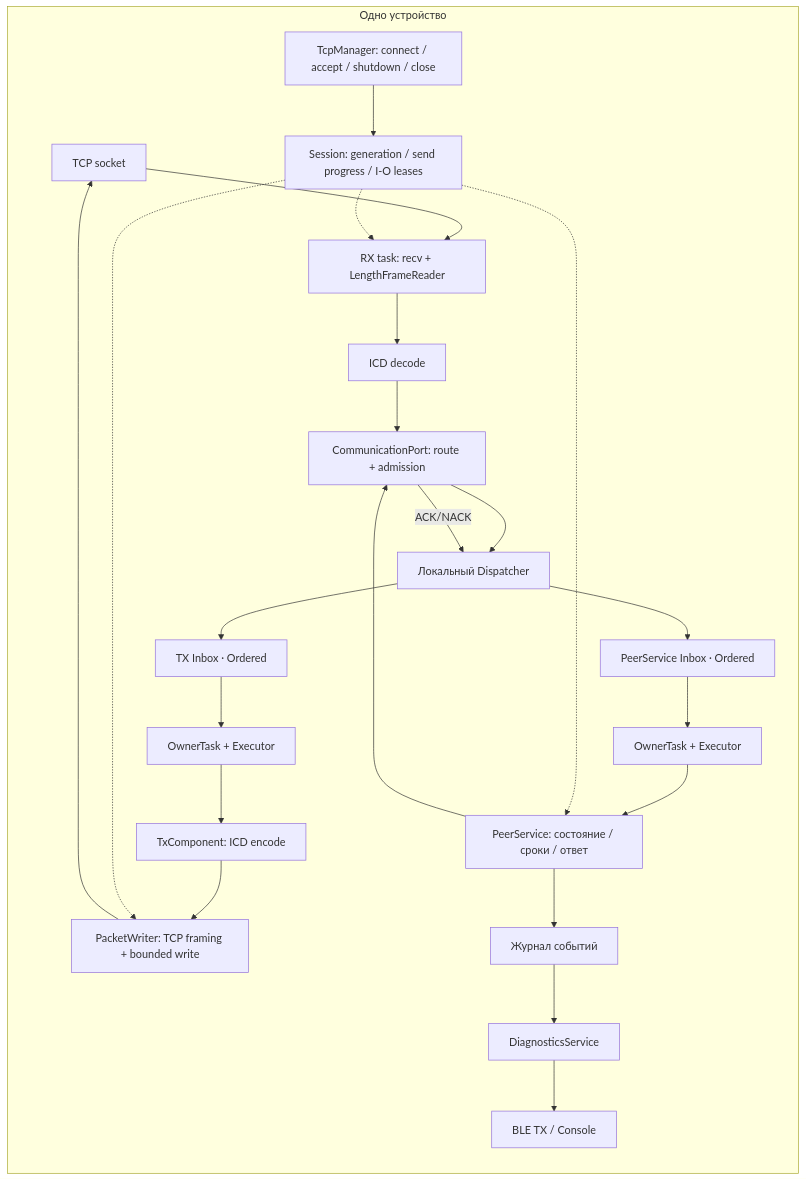
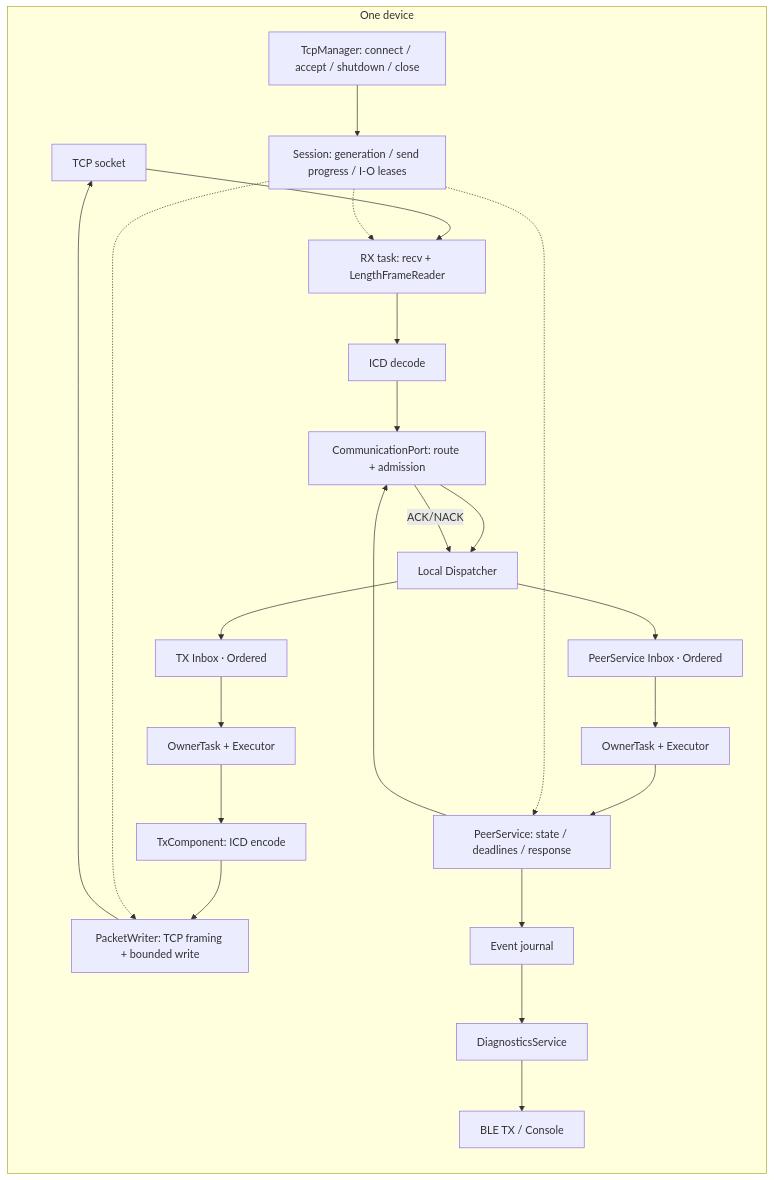
One commit to ilyxas/litu_raven changed the first of 2 diagrams in ESP/docs/communication-architecture.md. Above: the diagram before and after it, drawn with Mermaid. The commit also changed other lines of this file and 9 other files, not shown here.

````diff
--- a/ESP/docs/communication-architecture.md
+++ b/ESP/docs/communication-architecture.md
@@ -21,27 +21,27 @@
 ```mermaid
 flowchart LR
-    subgraph Device[Одно устройство]
+    subgraph Device[One device]
         Socket[TCP socket] --> RX[RX task: recv + LengthFrameReader]
         RX --> Decode[ICD decode]
         Decode --> Port[CommunicationPort: route + admission]
-        Port --> D[Локальный Dispatcher]
+        Port --> D[Local Dispatcher]
         D --> PI[PeerService Inbox · Ordered]
         PI --> PE[OwnerTask + Executor]
-        PE --> Peer[PeerService: состояние / сроки / ответ]
+        PE --> Peer[PeerService: state / deadlines / response]
         Peer --> Port
         Port -->|ACK/NACK| D
         D --> TI[TX Inbox · Ordered]
         TI --> TE[OwnerTask + Executor]
         TE --> TX[TxComponent: ICD encode]
         TX --> Writer[PacketWriter: TCP framing + bounded write]
         Writer --> Socket
         Session[Session: generation / send progress / I-O leases]
         Session -.-> RX
         Session -.-> Writer
         Session -.-> Peer
         Manager[TcpManager: connect / accept / shutdown / close] --> Session
-        Peer --> Journal[Журнал событий]
+        Peer --> Journal[Event journal]
         Journal --> Diag[DiagnosticsService]
         Diag --> BLE[BLE TX / Console]
     end
 ```
````
